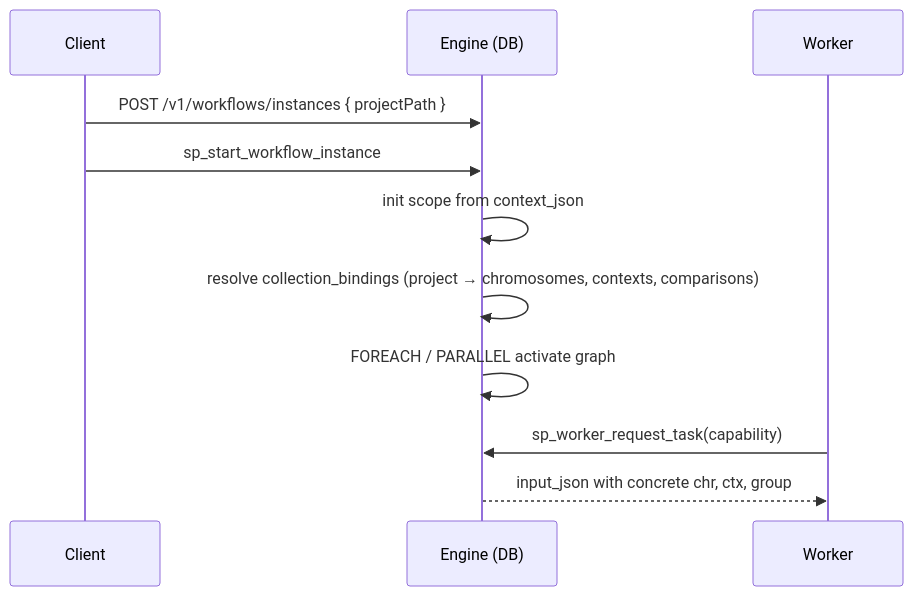
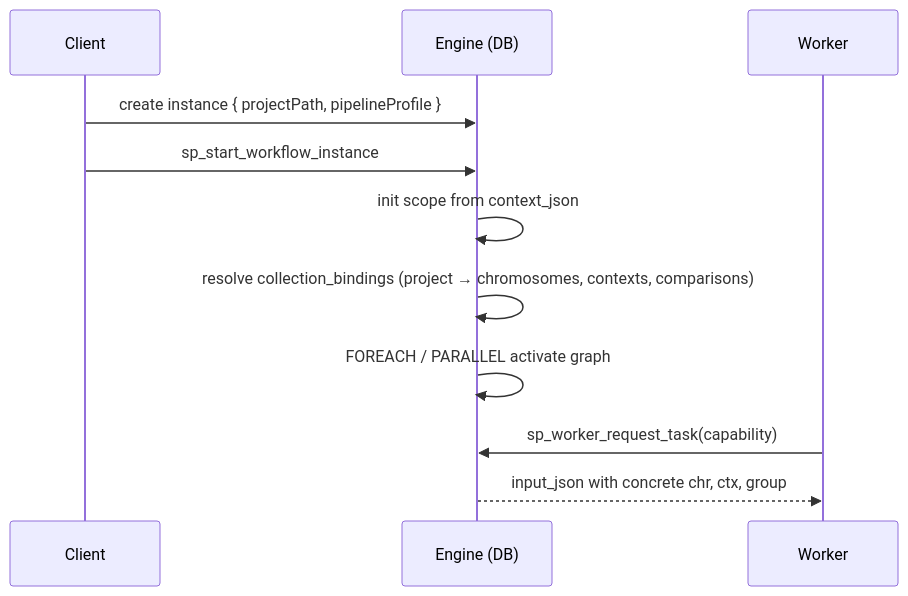
One commit to Goliath-Research/GoliathWorkflow changed the seventh of 15 diagrams in workflow_engine/docs/pipeline_architecture.md. Above: the diagram before and after it, drawn with Mermaid. The commit also changed other lines of this file and 34 other files, not shown here.

````diff
--- a/workflow_engine/docs/pipeline_architecture.md
+++ b/workflow_engine/docs/pipeline_architecture.md
@@ -528,14 +535,14 @@
 ```mermaid
 sequenceDiagram
   participant Client
   participant DB as Engine (DB)
   participant Worker
 
-  Client->>DB: POST /v1/workflows/instances { projectPath }
+  Client->>DB: create instance { projectPath, pipelineProfile }
   Client->>DB: sp_start_workflow_instance
   DB->>DB: init scope from context_json
   DB->>DB: resolve collection_bindings (project → chromosomes, contexts, comparisons)
   DB->>DB: FOREACH / PARALLEL activate graph
   Worker->>DB: sp_worker_request_task(capability)
   DB-->>Worker: input_json with concrete chr, ctx, group
 ```
````
